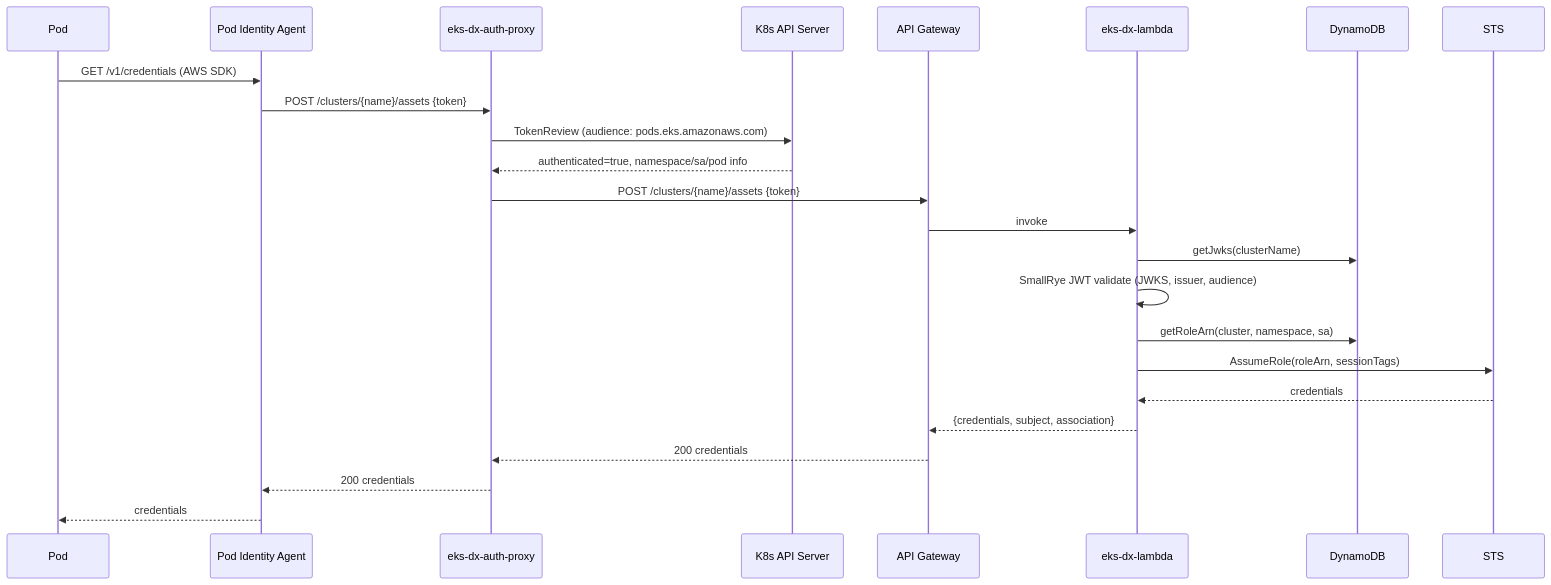
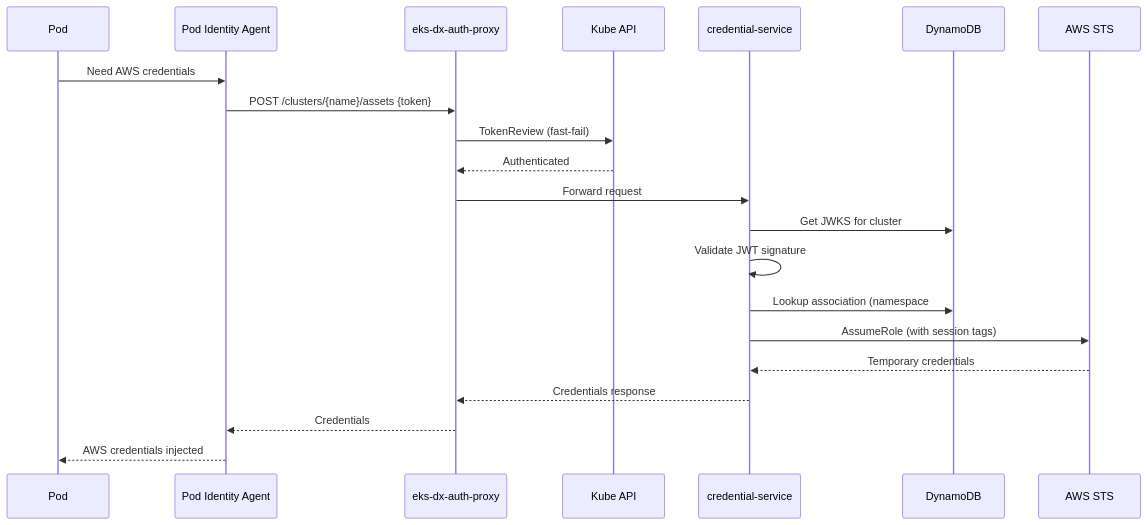
The second of 3 diagrams in .agents/summary/architecture.md (plasticity-of-cloud/eks-d-xpress-control-plane), drawn with Mermaid before and after one commit. The commit also changed other lines of this file and 9 other files, not shown here.

````diff
--- a/.agents/summary/architecture.md
+++ b/.agents/summary/architecture.md
@@ -46,27 +53,24 @@
 ```mermaid
 sequenceDiagram
     participant Pod
     participant Agent as Pod Identity Agent
     participant Proxy as eks-dx-auth-proxy
-    participant K8s as K8s API Server
-    participant GW as API Gateway
-    participant Lambda as eks-dx-lambda
+    participant K8s as Kube API
+    participant Lambda as credential-service
     participant DDB as DynamoDB
-    participant STS
-
-    Pod->>Agent: GET /v1/credentials (AWS SDK)
+    participant STS as AWS STS
+    
+    Pod->>Agent: Need AWS credentials
     Agent->>Proxy: POST /clusters/{name}/assets {token}
-    Proxy->>K8s: TokenReview (audience: pods.eks.amazonaws.com)
-    K8s-->>Proxy: authenticated=true, namespace/sa/pod info
-    Proxy->>GW: POST /clusters/{name}/assets {token}
-    GW->>Lambda: invoke
-    Lambda->>DDB: getJwks(clusterName)
-    Lambda->>Lambda: SmallRye JWT validate (JWKS, issuer, audience)
-    Lambda->>DDB: getRoleArn(cluster, namespace, sa)
-    Lambda->>STS: AssumeRole(roleArn, sessionTags)
-    STS-->>Lambda: credentials
-    Lambda-->>GW: {credentials, subject, association}
-    GW-->>Proxy: 200 credentials
-    Proxy-->>Agent: 200 credentials
-    Agent-->>Pod: credentials
+    Proxy->>K8s: TokenReview (fast-fail)
+    K8s-->>Proxy: Authenticated
+    Proxy->>Lambda: Forward request
+    Lambda->>DDB: Get JWKS for cluster
+    Lambda->>Lambda: Validate JWT signature
+    Lambda->>DDB: Lookup association (namespace#sa → roleArn)
+    Lambda->>STS: AssumeRole (with session tags)
+    STS-->>Lambda: Temporary credentials
+    Lambda-->>Proxy: Credentials response
+    Proxy-->>Agent: Credentials
+    Agent-->>Pod: AWS credentials injected
 ```
````
